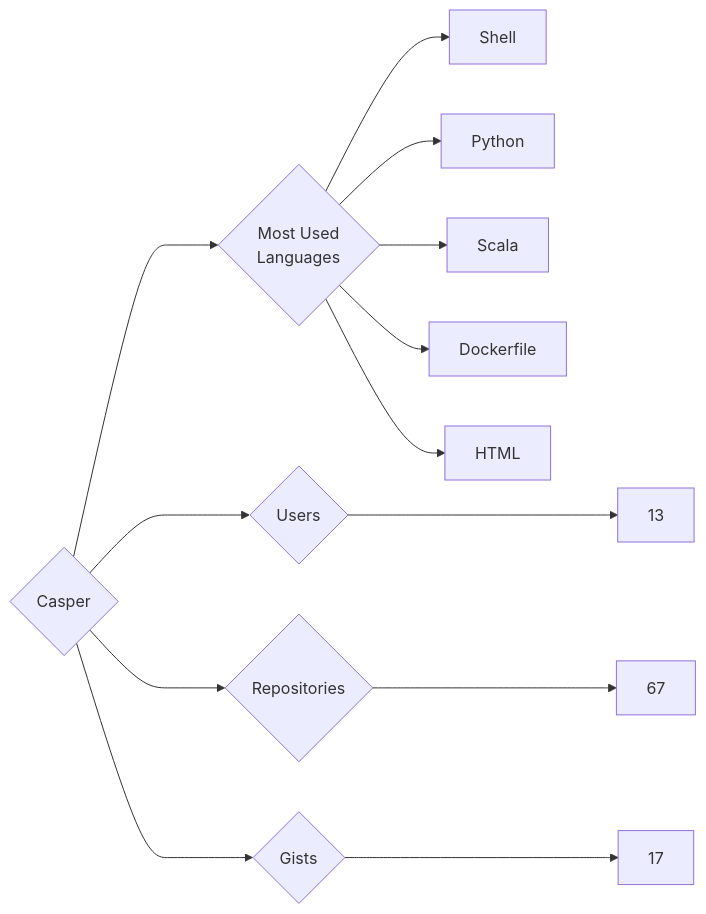
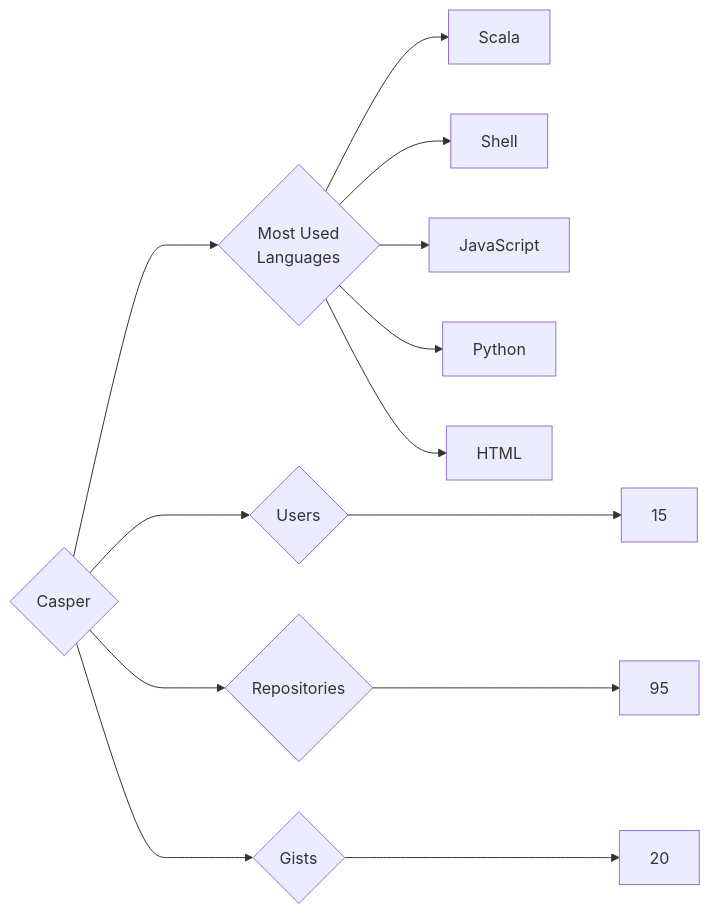
One commit to trickest/insiders changed the diagram in targets/Casper/README.md. Above: the diagram before and after it, drawn with Mermaid. The commit also changed 838 other files, not shown here.

````diff
--- a/targets/Casper/README.md
+++ b/targets/Casper/README.md
@@ -3,13 +3,13 @@
 ```mermaid
 graph LR
 COMPANY_NAME{Casper}
-COMPANY_NAME ---> U{Users} ---> UN[13]
-COMPANY_NAME ---> R{Repositories} ---> RN[67]
-COMPANY_NAME ---> G{Gists} ---> GN[17]
+COMPANY_NAME ---> U{Users} ---> UN[15]
+COMPANY_NAME ---> R{Repositories} ---> RN[95]
+COMPANY_NAME ---> G{Gists} ---> GN[20]
 COMPANY_NAME ---> ML{Most Used<br>Languages}
+ML --> Scala[Scala]
 ML --> Shell[Shell]
+ML --> JavaScript[JavaScript]
 ML --> Python[Python]
-ML --> Scala[Scala]
-ML --> Dockerfile[Dockerfile]
 ML --> HTML[HTML]
 ```
````
